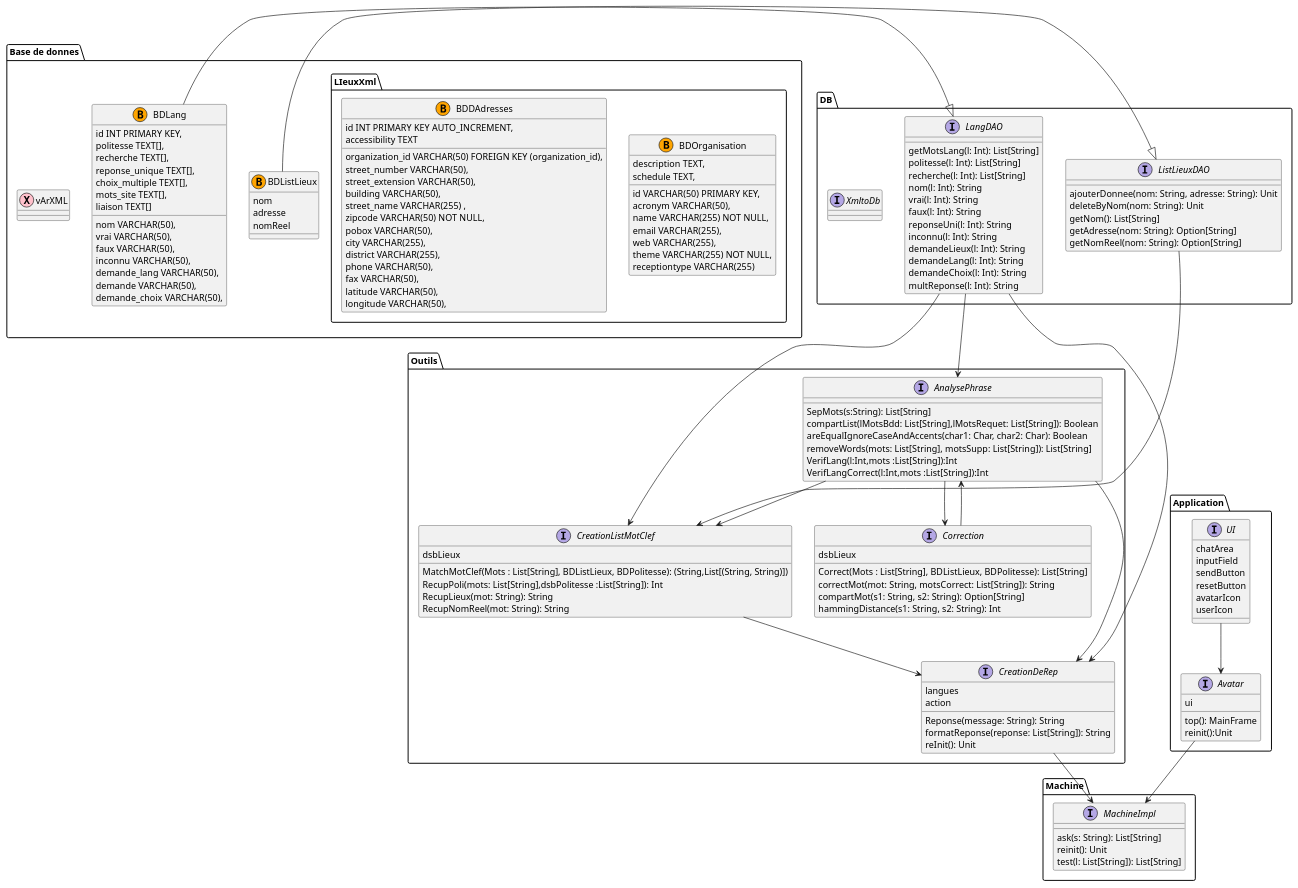
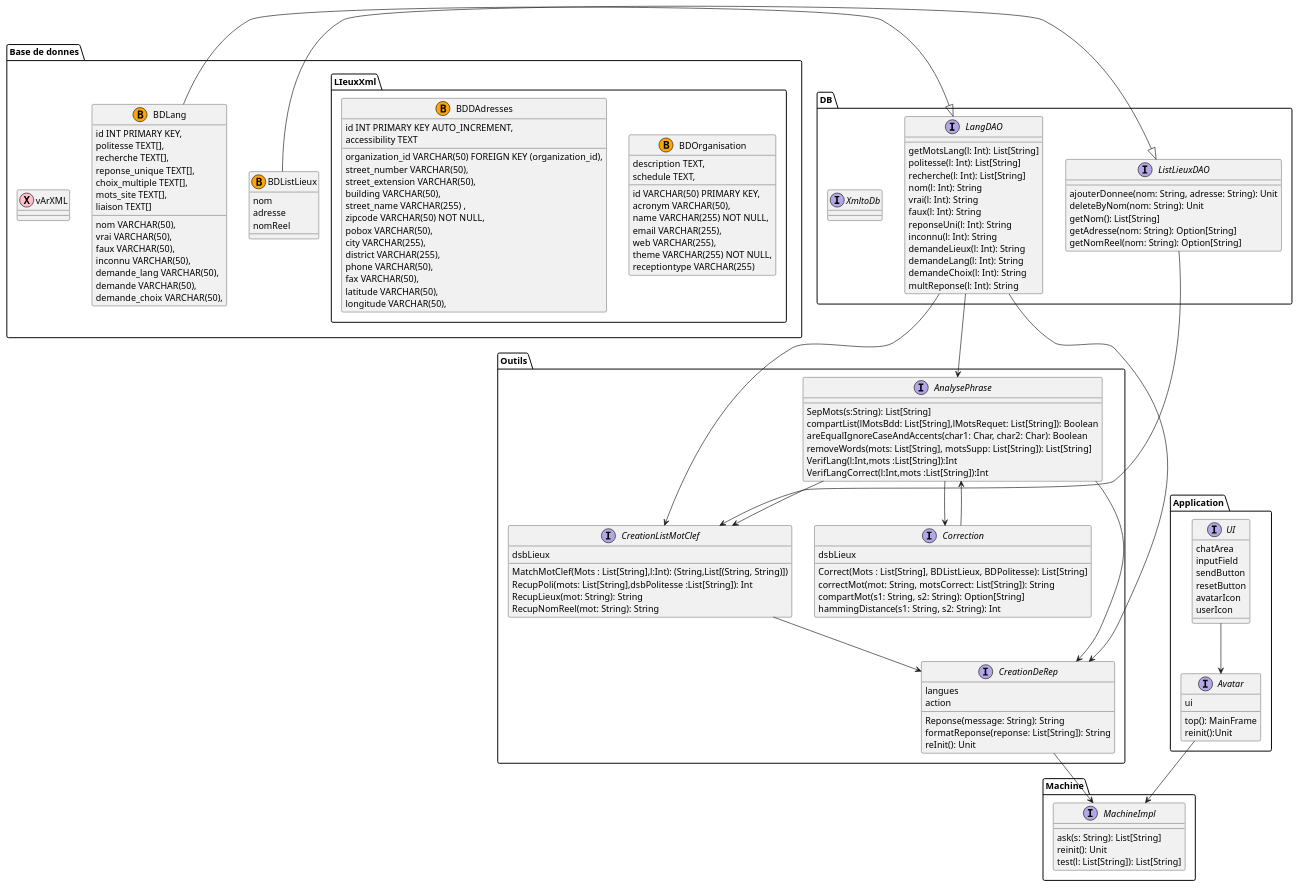
The diagram in doc/DiagrammeV2.plantuml (spc-ezual/AvatarProjet), drawn with PlantUML before and after one commit.

```diff
--- a/doc/DiagrammeV2.plantuml
+++ b/doc/DiagrammeV2.plantuml
@@ -2,162 +2,162 @@
 @startuml Avatar
 
 
 package Application{
     interface Avatar {
         ui
         top(): MainFrame
         reinit():Unit
     }
     interface UI{
         chatArea
         inputField
         sendButton
         resetButton
         avatarIcon
         userIcon
     }
 }
 
 
 package DB {
     interface LangDAO{
         getMotsLang(l: Int): List[String]
         politesse(l: Int): List[String]
         recherche(l: Int): List[String]
         nom(l: Int): String
         vrai(l: Int): String
         faux(l: Int): String
         reponseUni(l: Int): String
         inconnu(l: Int): String
         demandeLieux(l: Int): String
         demandeLang(l: Int): String
         demandeChoix(l: Int): String
         multReponse(l: Int): String
     }
     interface ListLieuxDAO{
         ajouterDonnee(nom: String, adresse: String): Unit
         deleteByNom(nom: String): Unit
         getNom(): List[String]
         getAdresse(nom: String): Option[String]
         getNomReel(nom: String): Option[String]
     }
     interface XmltoDb
 }
 
 
 package Machine{
     interface MachineImpl{
         ask(s: String): List[String]
         reinit(): Unit
         test(l: List[String]): List[String]
     }
 }
 
 
 package Outils{
     interface CreationListMotClef{
         dsbLieux
 
-        MatchMotClef(Mots : List[String], BDListLieux, BDPolitesse): (String,List[(String, String)])
+        MatchMotClef(Mots : List[String],l:Int): (String,List[(String, String)])
         RecupPoli(mots: List[String],dsbPolitesse :List[String]): Int
         RecupLieux(mot: String): String
         RecupNomReel(mot: String): String
     }
     interface AnalysePhrase{
 
 
         SepMots(s:String): List[String]
         compartList(lMotsBdd: List[String],lMotsRequet: List[String]): Boolean 
         areEqualIgnoreCaseAndAccents(char1: Char, char2: Char): Boolean
         removeWords(mots: List[String], motsSupp: List[String]): List[String]
         VerifLang(l:Int,mots :List[String]):Int
         VerifLangCorrect(l:Int,mots :List[String]):Int
     }
     interface CreationDeRep{
         langues
         action
         Reponse(message: String): String
         formatReponse(reponse: List[String]): String
         reInit(): Unit
     }
     interface Correction{
         dsbLieux
         Correct(Mots : List[String], BDListLieux, BDPolitesse): List[String]
         correctMot(mot: String, motsCorrect: List[String]): String
         compartMot(s1: String, s2: String): Option[String]
         hammingDistance(s1: String, s2: String): Int
     }
 }
 
 package "Base de donnes"{
     class BDListLieux <<(B,Orange)>>{
         nom 
         adresse
         nomReel
     }
     package LIeuxXml{
         class BDOrganisation<<(B,Orange)>>{
             id VARCHAR(50) PRIMARY KEY,
             acronym VARCHAR(50),
             name VARCHAR(255) NOT NULL,
             description TEXT,
             email VARCHAR(255),
             web VARCHAR(255),
             schedule TEXT,
             theme VARCHAR(255) NOT NULL,
             receptiontype VARCHAR(255)
         }
         class BDDAdresses<<(B,Orange)>>{
             id INT PRIMARY KEY AUTO_INCREMENT,
             organization_id VARCHAR(50) FOREIGN KEY (organization_id),
             street_number VARCHAR(50),
             street_extension VARCHAR(50),
             building VARCHAR(50),
             street_name VARCHAR(255) ,
             zipcode VARCHAR(50) NOT NULL,
             pobox VARCHAR(50),
             city VARCHAR(255),
             district VARCHAR(255),
             phone VARCHAR(50),
             fax VARCHAR(50),
             latitude VARCHAR(50),
             longitude VARCHAR(50),
             accessibility TEXT
         }
     }
     class BDLang <<(B,Orange)>>{
         id INT PRIMARY KEY,
         nom VARCHAR(50),
         politesse TEXT[],
         recherche TEXT[],
         vrai VARCHAR(50),
         faux VARCHAR(50),
         reponse_unique TEXT[],
         inconnu VARCHAR(50),
         demande_lang VARCHAR(50),
         demande VARCHAR(50),
         choix_multiple TEXT[],
         demande_choix VARCHAR(50),
         mots_site TEXT[],
         liaison TEXT[]
 
     }
     class vArXML<<(X , Pink)>>
 }
 
 ListLieuxDAO --> CreationListMotClef
 LangDAO --> CreationListMotClef
 AnalysePhrase --> CreationListMotClef
 LangDAO --> AnalysePhrase
 Correction --> AnalysePhrase
 AnalysePhrase --> Correction
 LangDAO --> CreationDeRep
 AnalysePhrase --> CreationDeRep
 CreationListMotClef --> CreationDeRep
 BDLang -|> LangDAO
 BDListLieux-|> ListLieuxDAO
 Avatar --> MachineImpl
 CreationDeRep --> MachineImpl
 UI --> Avatar
 
 @enduml
```
